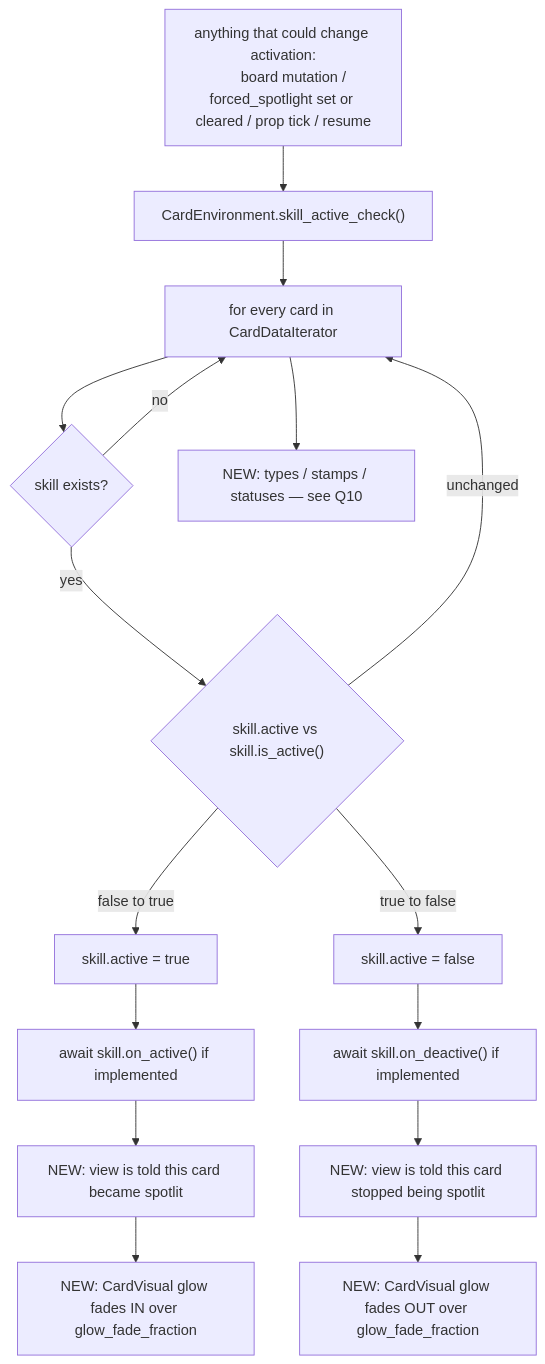
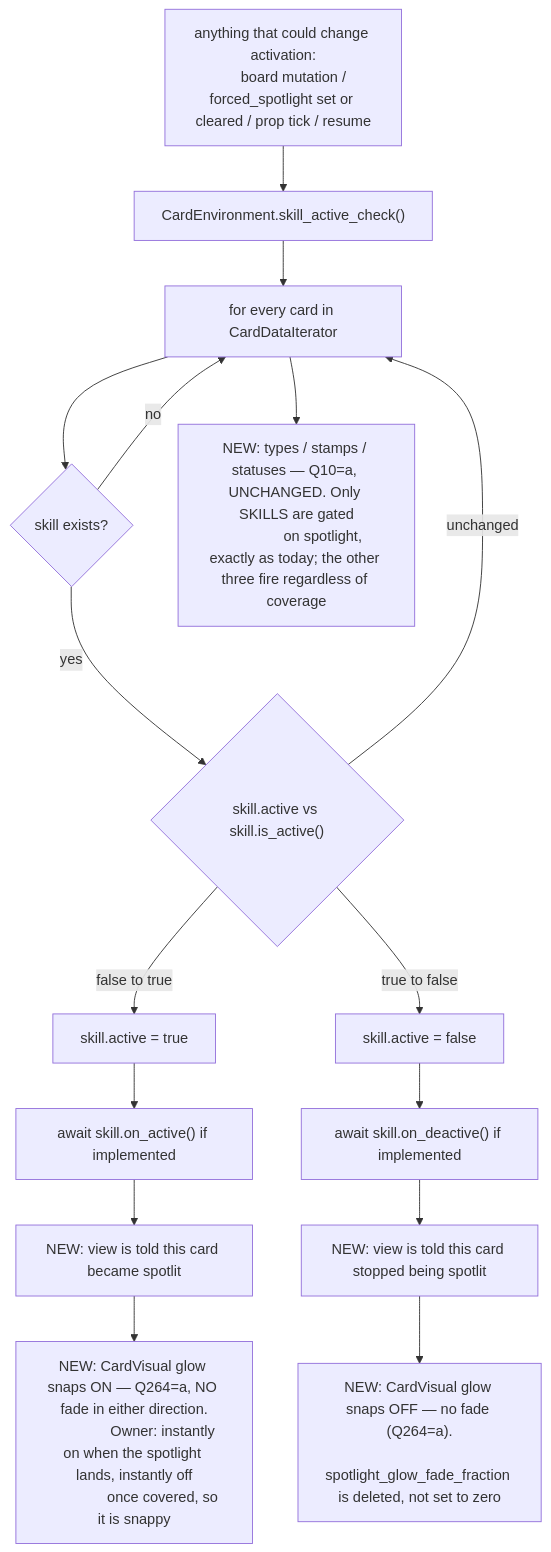
The second of 19 diagrams in solatro/design/spotlight/DESIGN.md (ucsdRgross/gamedev), drawn with Mermaid before and after one commit. The commit also changed other lines of this file and 25 other files, not shown here.

````diff
--- a/solatro/design/spotlight/DESIGN.md
+++ b/solatro/design/spotlight/DESIGN.md
@@ -380,19 +664,23 @@
 ```mermaid
 flowchart TD
   B1["anything that could change activation:
       board mutation / forced_spotlight set or cleared / prop tick / resume"] --> B2["CardEnvironment.skill_active_check()"]
   B2 --> B3["for every card in CardDataIterator"]
   B3 --> B4{"skill exists?"}
   B4 -- no --> B3
   B4 -- yes --> B5{"skill.active vs skill.is_active()"}
   B5 -- "false to true" --> B6["skill.active = true"]
   B6 --> B7["await skill.on_active() if implemented"]
   B5 -- "true to false" --> B8["skill.active = false"]
   B8 --> B9["await skill.on_deactive() if implemented"]
   B5 -- unchanged --> B3
   B7 --> B10["NEW: view is told this card became spotlit"]
   B9 --> B11["NEW: view is told this card stopped being spotlit"]
-  B10 --> B12["NEW: CardVisual glow fades IN over glow_fade_fraction"]
-  B11 --> B13["NEW: CardVisual glow fades OUT over glow_fade_fraction"]
-  B3 --> B14["NEW: types / stamps / statuses — see Q10"]
+  B10 --> B12["NEW: CardVisual glow snaps ON — Q264=a, NO fade in either direction.
+               Owner: instantly on when the spotlight lands, instantly off
+               once covered, so it is snappy"]
+  B11 --> B13["NEW: CardVisual glow snaps OFF — no fade (Q264=a).
+               spotlight_glow_fade_fraction is deleted, not set to zero"]
+  B3 --> B14["NEW: types / stamps / statuses — Q10=a, UNCHANGED. Only SKILLS are gated
+              on spotlight, exactly as today; the other three fire regardless of coverage"]
 ```
````
